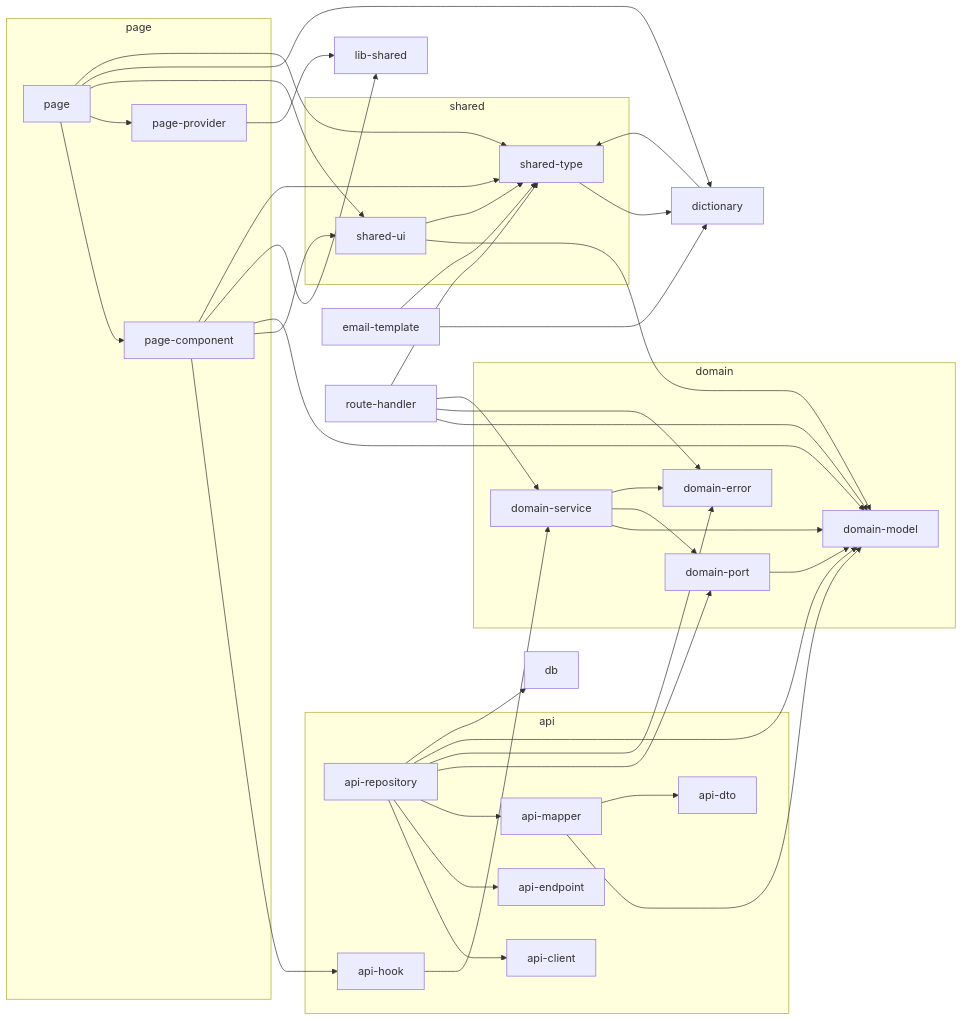
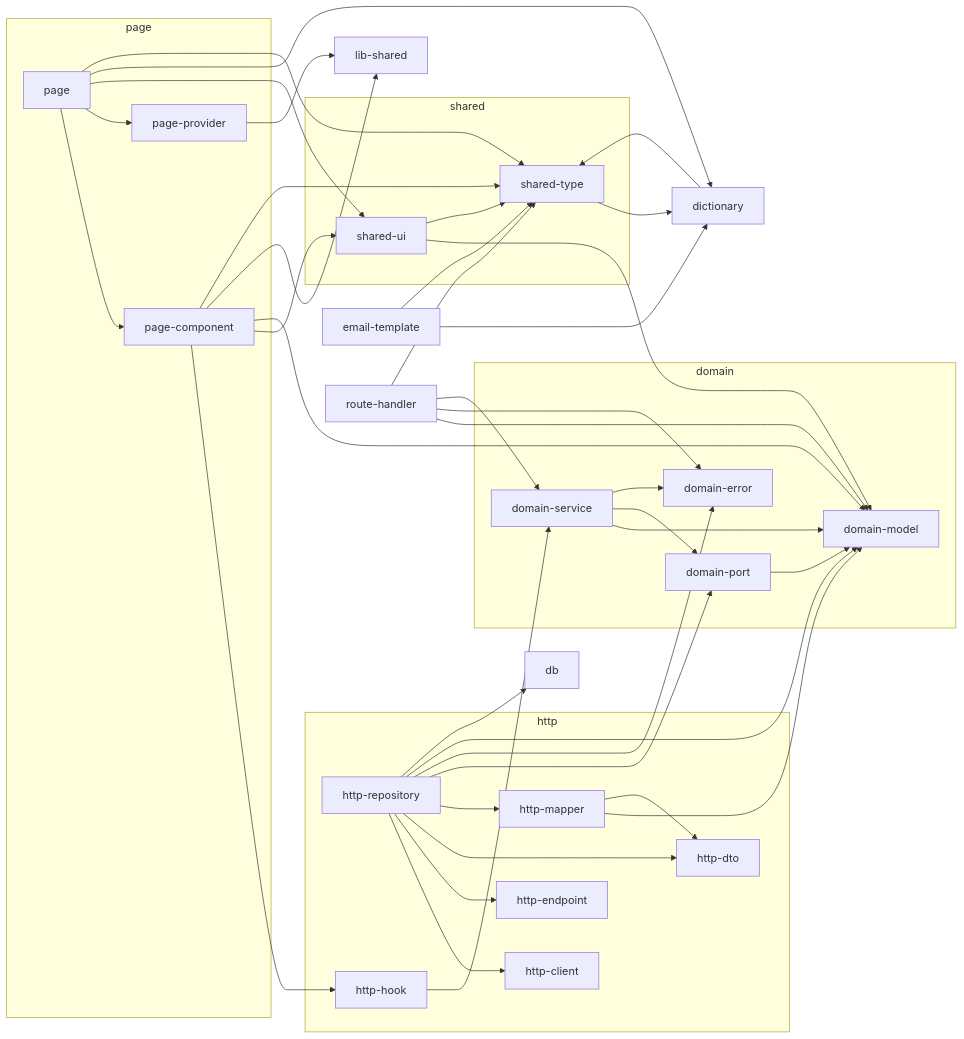
The diagram in rules/nextjs/base/lint-rules-diagram.md (JosephNK/jkit-code-plugin), drawn with Mermaid before and after one commit. The commit also changed 15 other files, not shown here.

````diff
--- a/rules/nextjs/base/lint-rules-diagram.md
+++ b/rules/nextjs/base/lint-rules-diagram.md
@@ -10,66 +10,67 @@
 ```mermaid
 graph LR
   subgraph g_domain [domain]
     domain_model["domain-model"]
     domain_error["domain-error"]
     domain_port["domain-port"]
     domain_service["domain-service"]
   end
-  subgraph g_api [api]
-    api_client["api-client"]
-    api_endpoint["api-endpoint"]
-    api_dto["api-dto"]
-    api_mapper["api-mapper"]
-    api_repository["api-repository"]
-    api_hook["api-hook"]
+  subgraph g_http [http]
+    http_client["http-client"]
+    http_endpoint["http-endpoint"]
+    http_dto["http-dto"]
+    http_mapper["http-mapper"]
+    http_repository["http-repository"]
+    http_hook["http-hook"]
   end
   subgraph g_shared [shared]
     shared_ui["shared-ui"]
     shared_type["shared-type"]
   end
   subgraph g_page [page]
     page_component["page-component"]
     page_provider["page-provider"]
     page["page"]
   end
   db["db"]
   lib_shared["lib-shared"]
   dictionary["dictionary"]
   email_template["email-template"]
   route_handler["route-handler"]
   domain_port --> domain_model
   domain_service --> domain_model
   domain_service --> domain_port
   domain_service --> domain_error
-  api_mapper --> domain_model
-  api_mapper --> api_dto
-  api_repository --> api_client
-  api_repository --> api_endpoint
-  api_repository --> api_mapper
-  api_repository --> domain_port
-  api_repository --> domain_error
-  api_repository --> domain_model
-  api_repository --> db
-  api_hook --> domain_service
+  http_mapper --> domain_model
+  http_mapper --> http_dto
+  http_repository --> http_client
+  http_repository --> http_endpoint
+  http_repository --> http_dto
+  http_repository --> http_mapper
+  http_repository --> domain_port
+  http_repository --> domain_error
+  http_repository --> domain_model
+  http_repository --> db
+  http_hook --> domain_service
   shared_ui --> domain_model
   shared_ui --> shared_type
-  page_component --> api_hook
+  page_component --> http_hook
   page_component --> shared_ui
   page_component --> domain_model
   page_component --> lib_shared
   page_component --> shared_type
   page_provider --> lib_shared
   dictionary --> shared_type
   shared_type --> dictionary
   email_template --> dictionary
   email_template --> shared_type
   route_handler --> domain_model
   route_handler --> domain_error
   route_handler --> domain_service
   route_handler --> shared_type
   page --> page_component
   page --> page_provider
   page --> shared_ui
   page --> dictionary
   page --> shared_type
 ```
````
